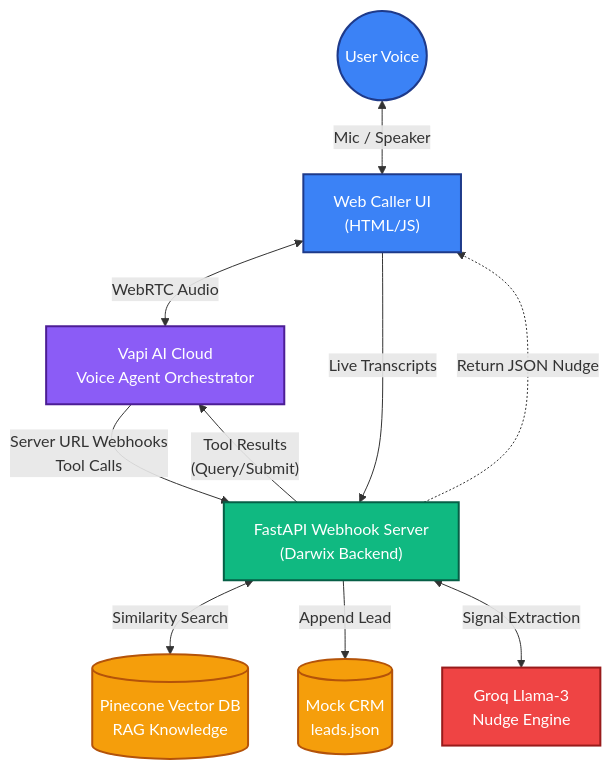
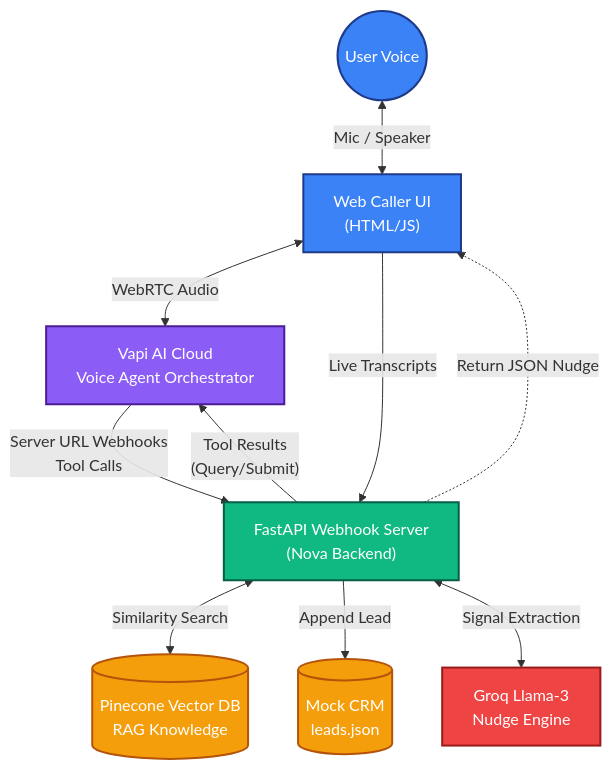
Before and after one commit to krishshah122/NovaAi: the diagram in ARCHITECTURE.md, drawn with Mermaid. The commit also changed other lines of this file and 31 other files, not shown here.

````diff
--- a/ARCHITECTURE.md
+++ b/ARCHITECTURE.md
@@ -7,35 +7,35 @@
 ```mermaid
 graph TD
     %% Define Styles
     classDef frontend fill:#3b82f6,stroke:#1e3a8a,stroke-width:2px,color:#fff;
     classDef backend fill:#10b981,stroke:#065f46,stroke-width:2px,color:#fff;
     classDef vapi fill:#8b5cf6,stroke:#4c1d95,stroke-width:2px,color:#fff;
     classDef db fill:#f59e0b,stroke:#b45309,stroke-width:2px,color:#fff;
     classDef groq fill:#ef4444,stroke:#991b1b,stroke-width:2px,color:#fff;
 
     %% Nodes
     User(("User Voice")):::frontend
     Browser["Web Caller UI<br/>(HTML/JS)"]:::frontend
     Vapi["Vapi AI Cloud<br/>Voice Agent Orchestrator"]:::vapi
-    FastAPI["FastAPI Webhook Server<br/>(Darwix Backend)"]:::backend
+    FastAPI["FastAPI Webhook Server<br/>(Nova Backend)"]:::backend
     Pinecone[("Pinecone Vector DB<br/>RAG Knowledge")]:::db
     GroqLLM["Groq Llama-3<br/>Nudge Engine"]:::groq
     CRM[("Mock CRM<br/>leads.json")]:::db
 
     %% Connections
     User <-->|Mic / Speaker| Browser
     Browser <-->|WebRTC Audio| Vapi
     
     %% Vapi Backend integrations
     Vapi -->|"Server URL Webhooks<br/>Tool Calls"| FastAPI
     FastAPI -->|"Tool Results<br/>(Query/Submit)"| Vapi
 
     %% Database integrations
     FastAPI <-->|Similarity Search| Pinecone
     FastAPI -->|Append Lead| CRM
 
     %% Live Dashboard Nudges
     Browser -->|Live Transcripts| FastAPI
     FastAPI <-->|Signal Extraction| GroqLLM
     FastAPI -.->|Return JSON Nudge| Browser
 ```
````
